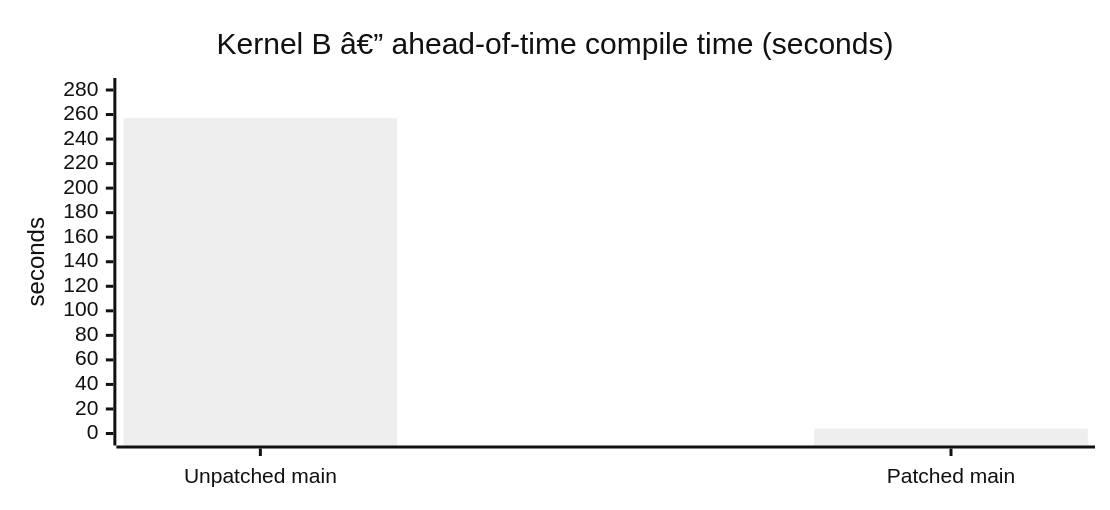
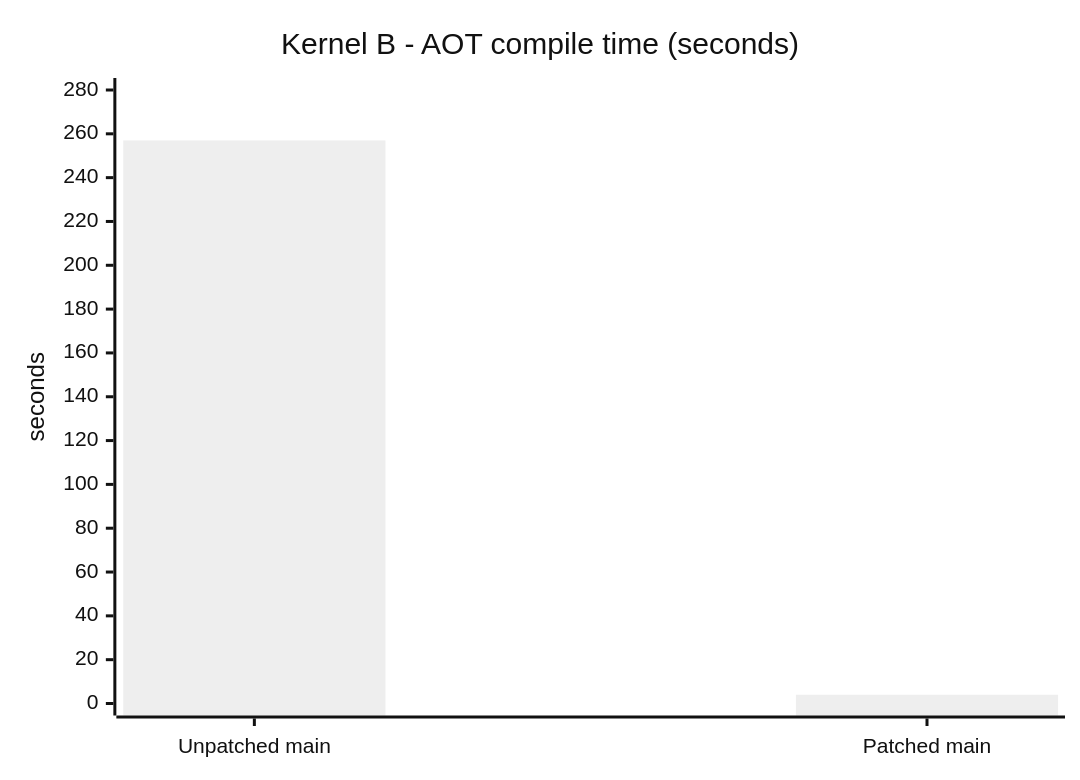
The second of 7 diagrams in README.md (ArchanaChetan07/Triton-), drawn with Mermaid (neutral theme) before and after one commit. The commit also changed other lines of this file, not shown here.

Commit message:
Fix README: encoding, sm_90 badge accuracy, measured PTX lines, diagrams

````diff
--- a/README.md
+++ b/README.md
@@ -38,13 +34,7 @@
 ```mermaid
----
-config:
-  xyChart:
-    width: 720
-    height: 320
----
 xychart-beta
-    title "Kernel B â€” ahead-of-time compile time (seconds)"
+    title "Kernel B - AOT compile time (seconds)"
     x-axis ["Unpatched main", "Patched main"]
     y-axis "seconds" 0 --> 280
     bar [257, 4]
 ```
````
